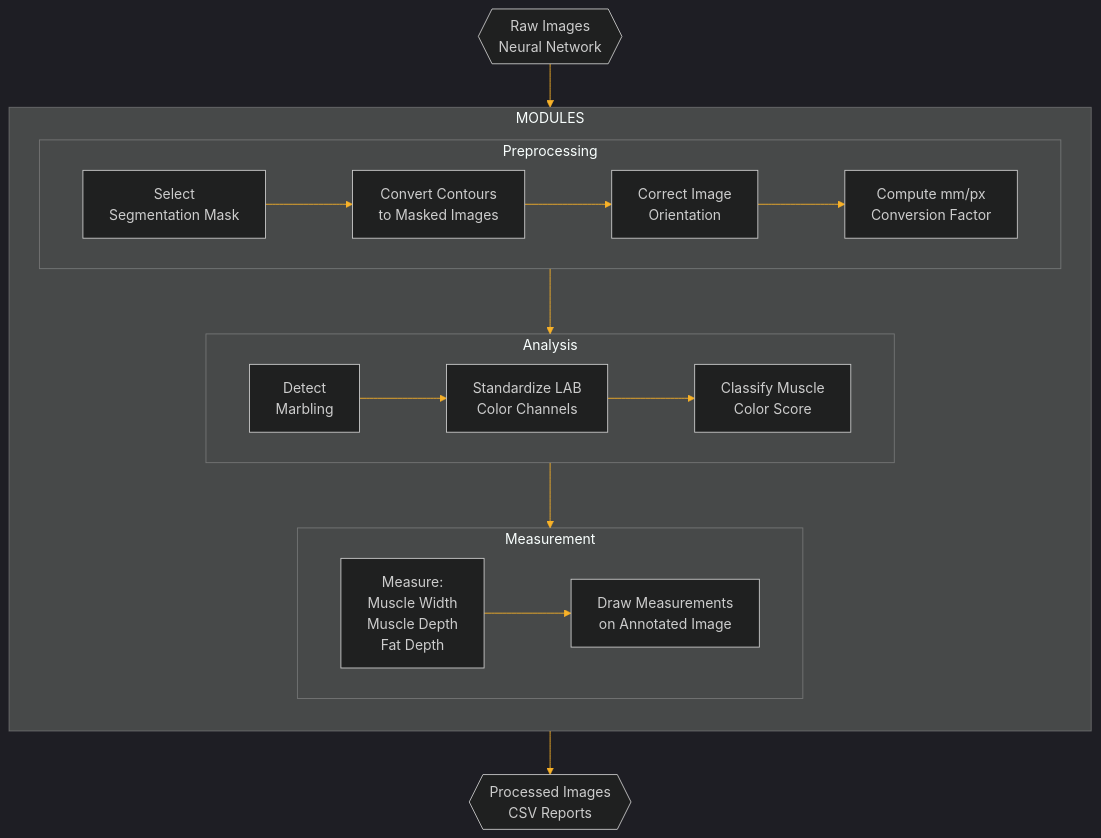
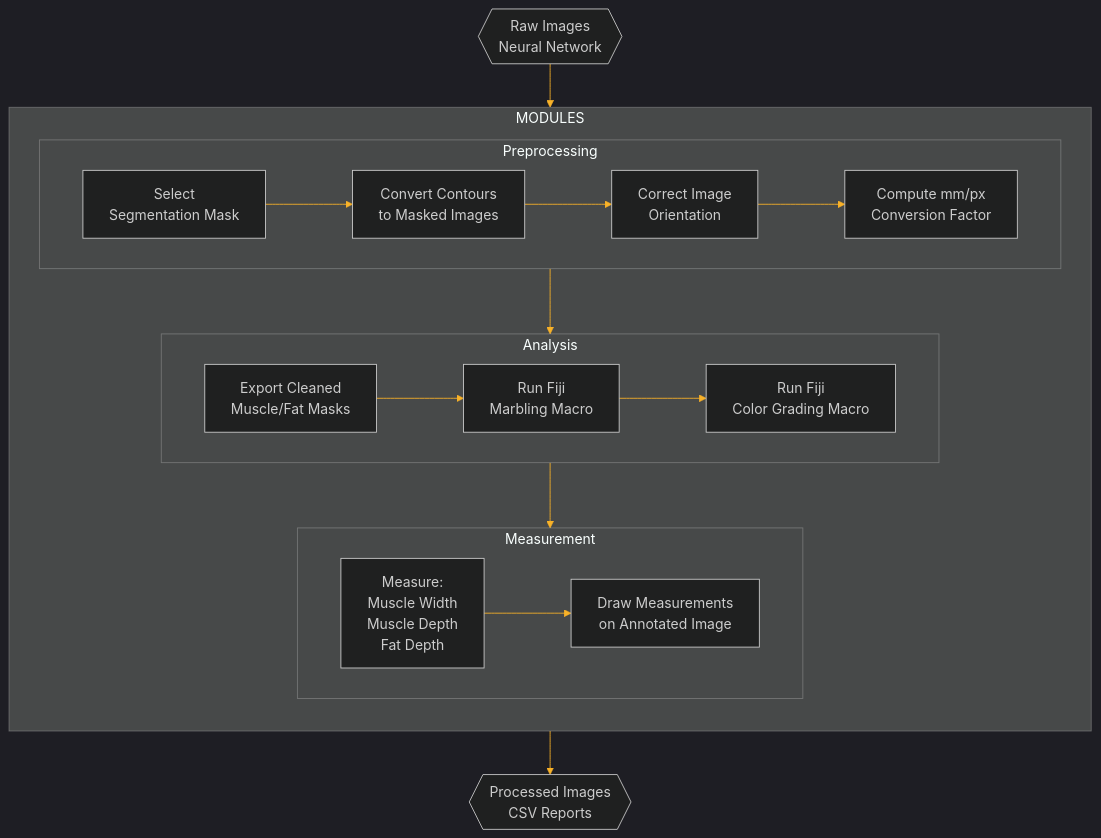
Before and after one commit to AAFC-Bioinfo-AAC/pork-vision: the diagram in README.md, drawn with Mermaid. The commit also changed other lines of this file and 8 other files, not shown here.

````diff
--- a/README.md
+++ b/README.md
@@ -114,29 +116,29 @@
 ```mermaid
 ---
 config:
   theme: 'dark'
   themeVariables:
     lineColor: '#F8B229'
 ---
 flowchart TB
     subgraph MODULES
       direction TB
       subgraph Preprocessing
         direction LR
         B[Select<br>Segmentation Mask] --> C[Convert Contours<br>to Masked Images]
         C --> D[Correct Image<br>Orientation]
         D --> E[Compute mm/px<br>Conversion Factor]
       end
       subgraph Analysis
         direction LR
-        F[Detect<br>Marbling] --> G[Standardize LAB<br>Color Channels]
-        G --> H[Classify Muscle<br>Color Score]
+        F[Export Cleaned<br>Muscle/Fat Masks] --> G[Run Fiji<br>Marbling Macro]
+        G --> H[Run Fiji<br>Color Grading Macro]
       end
       subgraph Measurement
         direction LR
         I[Measure:<br>Muscle Width<br>Muscle Depth<br>Fat Depth] --> J[Draw Measurements<br>on Annotated Image]
       end
     end
     A{{Raw Images<br>Neural Network}} --> MODULES --> Z{{Processed Images<br>CSV Reports}}
     Preprocessing --> Analysis --> Measurement
 ```
````
